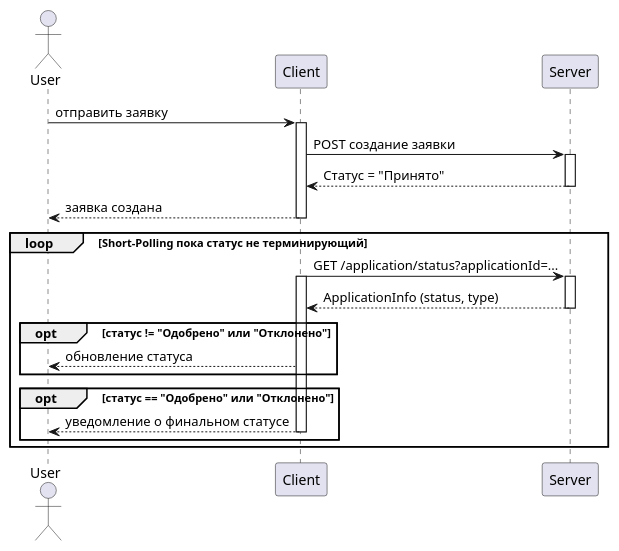
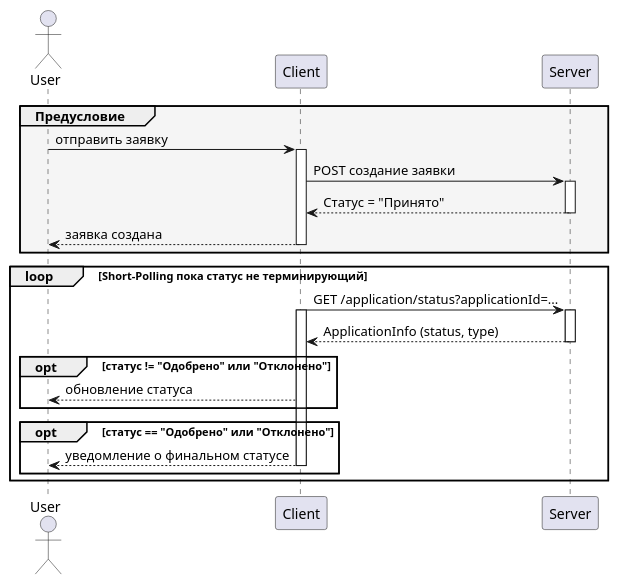
One commit to BakhitovaA/open-specification-short-polling changed the diagram in README.md. Above: the diagram before and after it, drawn with PlantUML. The commit also changed other lines of this file, not shown here.

Commit message:
Update sequence-diagram

````diff
--- a/README.md
+++ b/README.md
@@ -25,33 +25,35 @@
 ``` plantuml
 @startuml
 
 actor User
 participant Client
 participant Server
 
+group #WhiteSmoke Предусловие
 User-> Client: отправить заявку
 activate Client
 Client -> Server: POST создание заявки
 activate Server
 Server --> Client: Статус = "Принято"
 deactivate Server 
 Client --> User: заявка создана
 deactivate Client
+end group
 
 loop Short-Polling пока статус не терминирующий
     Client -> Server: GET /application/status?applicationId=...
     activate Client 
     activate Server
     Server --> Client: ApplicationInfo (status, type)
     deactivate Server 
     opt статус != "Одобрено" или "Отклонено"
         Client --> User: обновление статуса
     end
     opt статус == "Одобрено" или "Отклонено"
         Client --> User: уведомление о финальном статусе
         deactivate Client
     end
 end
 
 @enduml
 ```
````
